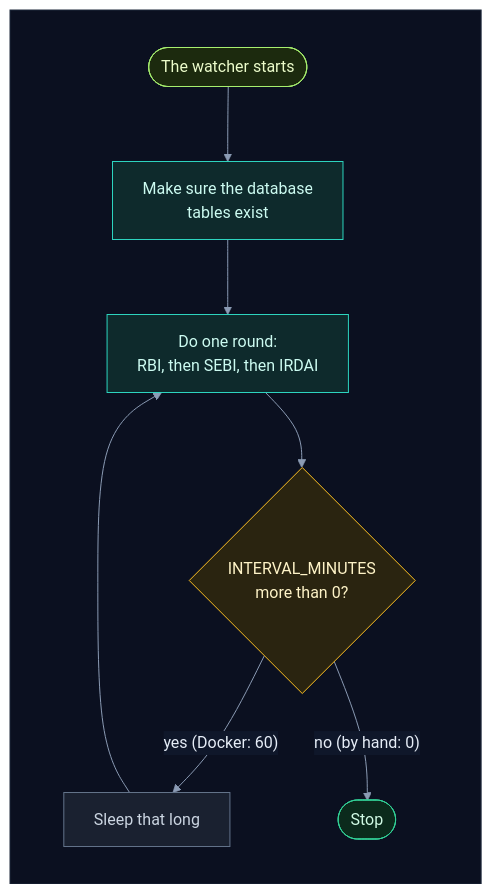
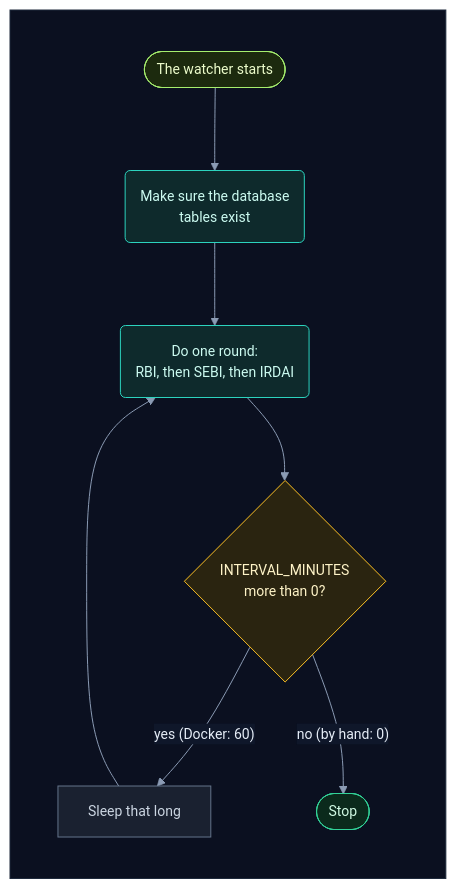
The third of 18 diagrams in how_the_watcher_works.md (selvakumarperumal/Regulatory_Circular_Impact_Agent), drawn with Mermaid before and after one commit. The commit also changed other lines of this file and 5 other files, not shown here.

Commit message:
Give the docs' flowcharts a shape per kind of part, more room and slightly smaller text

````diff
--- a/how_the_watcher_works.md
+++ b/how_the_watcher_works.md
@@ -146,29 +146,29 @@
 ```mermaid
-%%{init: {"theme": "base", "flowchart": {"diagramPadding": 0}, "themeVariables": {"darkMode": true, "primaryColor": "#16213a", "primaryTextColor": "#e6edf7", "primaryBorderColor": "#475a7a", "lineColor": "#8b9bb4", "secondaryColor": "#1b2436", "tertiaryColor": "#101a2e", "edgeLabelBackground": "#0f172a", "textColor": "#e2e8f0", "clusterBkg": "#0f1728", "clusterBorder": "#2b3a55", "titleColor": "#c4b5fd", "nodeTextColor": "#e6edf7"}}}%%
+%%{init: {"theme": "base", "flowchart": {"diagramPadding": 0, "nodeSpacing": 58, "rankSpacing": 58, "curve": "basis"}, "themeVariables": {"fontSize": "14px", "darkMode": true, "primaryColor": "#16213a", "primaryTextColor": "#e6edf7", "primaryBorderColor": "#475a7a", "lineColor": "#8b9bb4", "secondaryColor": "#1b2436", "tertiaryColor": "#101a2e", "edgeLabelBackground": "#0f172a", "textColor": "#e2e8f0", "clusterBkg": "#0f1728", "clusterBorder": "#2b3a55", "titleColor": "#c4b5fd", "nodeTextColor": "#e6edf7"}}}%%
 flowchart TD
     subgraph canvas[" "]
         direction TB
-        a(["The watcher starts"]) --> b["Make sure the database<br/>tables exist"]
-        b --> c["Do one round:<br/>RBI, then SEBI, then IRDAI"]
+        a(["The watcher starts"]) --> b("Make sure the database<br/>tables exist")
+        b --> c("Do one round:<br/>RBI, then SEBI, then IRDAI")
         c --> d{"INTERVAL_MINUTES<br/>more than 0?"}
         d -->|"yes (Docker: 60)"| e["Sleep that long"]
         e --> c
         d -->|"no (by hand: 0)"| f(["Stop"])
     end
     classDef svc fill:#0e2a2c,stroke:#2dd4bf,color:#ccfbf1
     classDef data fill:#1c1a47,stroke:#818cf8,color:#e0e7ff
     classDef ext fill:#2a1640,stroke:#c084fc,color:#f3e8ff
     classDef gpu fill:#2d1b0c,stroke:#fb923c,color:#ffedd5
     classDef ask fill:#2a2410,stroke:#fbbf24,color:#fef3c7
     classDef ok fill:#0b2a1c,stroke:#34d399,color:#d1fae5
     classDef bad fill:#2e0f17,stroke:#fb7185,color:#ffe4e6
     classDef start fill:#1c2a0e,stroke:#a7ef6f,color:#ecfccb
     classDef muted fill:#1a2130,stroke:#64748b,color:#cbd5e1
     classDef queue fill:#0c2231,stroke:#38bdf8,color:#e0f2fe
     class a start
     class b,c svc
     class d ask
     class e muted
     class f ok
     style canvas fill:#0b1020,stroke:#1e293b,color:#0b1020
 ```
````
